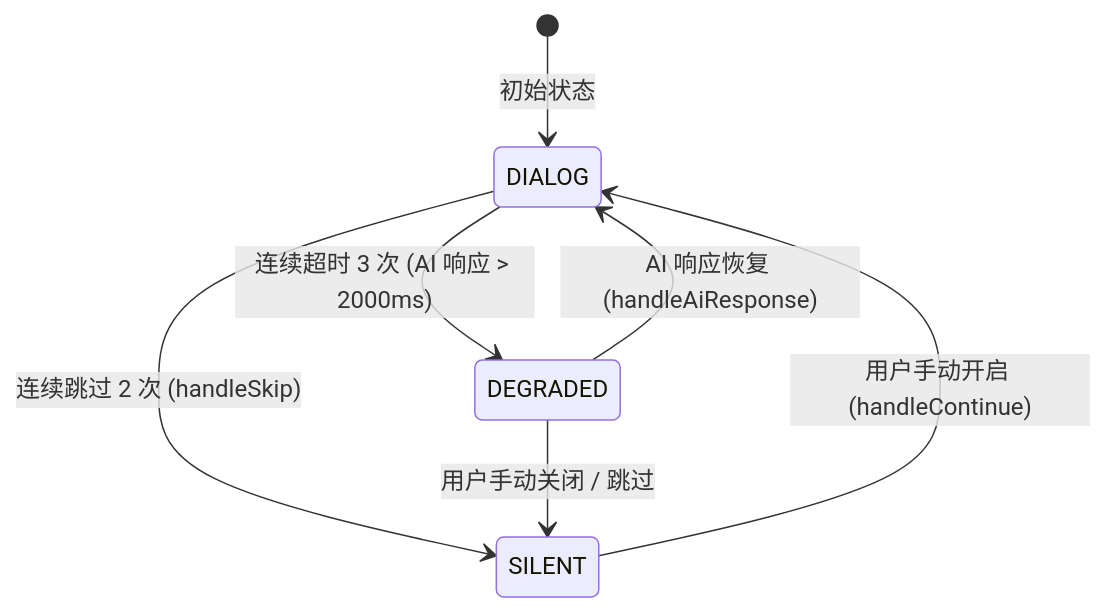
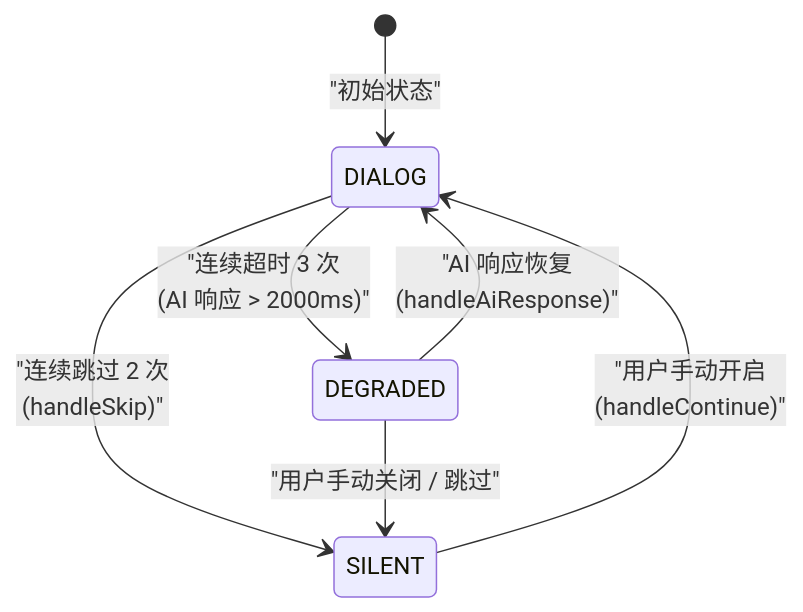
The second of 3 diagrams in README.md (MeiSiristhebest/TimeLog), drawn with Mermaid before and after one commit. The commit also changed other lines of this file, not shown here.

Commit message:
docs(readme): optimize zh + en; add TOC, fix badges & Mermaid quotes, add Security & Contributing

````diff
--- a/README.md
+++ b/README.md
@@ -78,9 +102,9 @@
 ```mermaid
 stateDiagram-v2
-    [*] --> DIALOG : 初始状态
-    DIALOG --> SILENT : 连续跳过 2 次 (handleSkip)
-    DIALOG --> DEGRADED : 连续超时 3 次 (AI 响应 > 2000ms)
-    DEGRADED --> DIALOG : AI 响应恢复 (handleAiResponse)
-    DEGRADED --> SILENT : 用户手动关闭 / 跳过
-    SILENT --> DIALOG : 用户手动开启 (handleContinue)
+    [*] --> DIALOG : "初始状态"
+    DIALOG --> SILENT : "连续跳过 2 次<br/>(handleSkip)"
+    DIALOG --> DEGRADED : "连续超时 3 次<br/>(AI 响应 > 2000ms)"
+    DEGRADED --> DIALOG : "AI 响应恢复<br/>(handleAiResponse)"
+    DEGRADED --> SILENT : "用户手动关闭 / 跳过"
+    SILENT --> DIALOG : "用户手动开启<br/>(handleContinue)"
 ```
````
